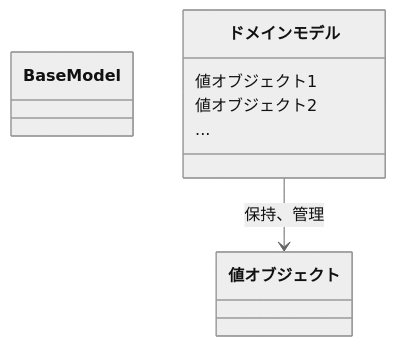
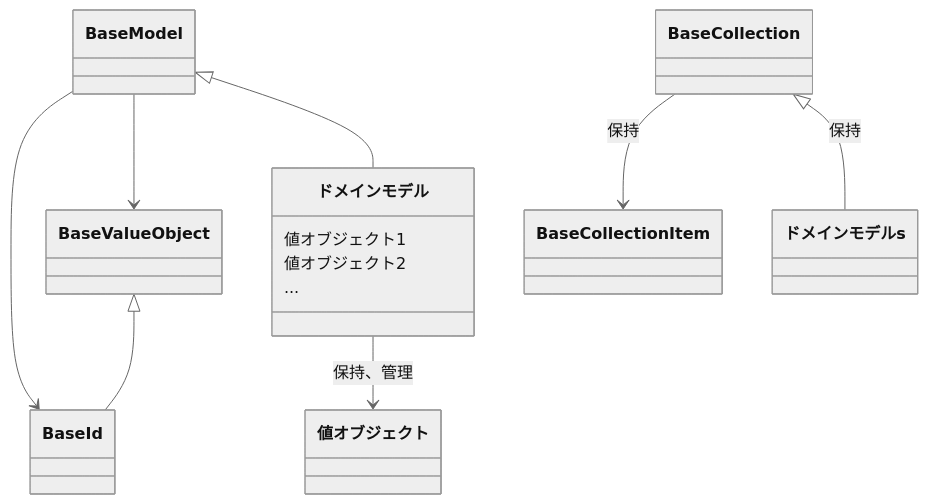
The diagram in docs/ja/api/ドメインモデル-domain_model.md (shuhei1101/allowance-questboard), drawn with Mermaid (neutral theme) before and after one commit.

Commit message:
ドメインモデル-domain_model.md を更新

````diff
--- a/docs/ja/api/ドメインモデル-domain_model.md
+++ b/docs/ja/api/ドメインモデル-domain_model.md
@@ -8,14 +8,45 @@
 ```mermaid
 classDiagram
+    class BaseValueObject {
+      
+    }
+
+    class BaseId {
+      
+    }
+
     class BaseModel {
+      
+    }
+
+    class BaseCollectionItem {
+      
+    }
+
+    class BaseCollection {
       
     }
 
     class ドメインモデル {
       値オブジェクト1
       値オブジェクト2
       ...
     }
 
+    class ドメインモデルs {
+      
+    }
+
+    BaseValueObject <|-- BaseId
+    BaseModel --> BaseId
+    BaseModel --> BaseValueObject
+
+    BaseCollection --> BaseCollectionItem: 保持
+    
+
+    BaseModel <|-- ドメインモデル
     ドメインモデル --> 値オブジェクト: 保持、管理
+
+    BaseCollection <|-- ドメインモデルs: 保持
+
 ```
````
